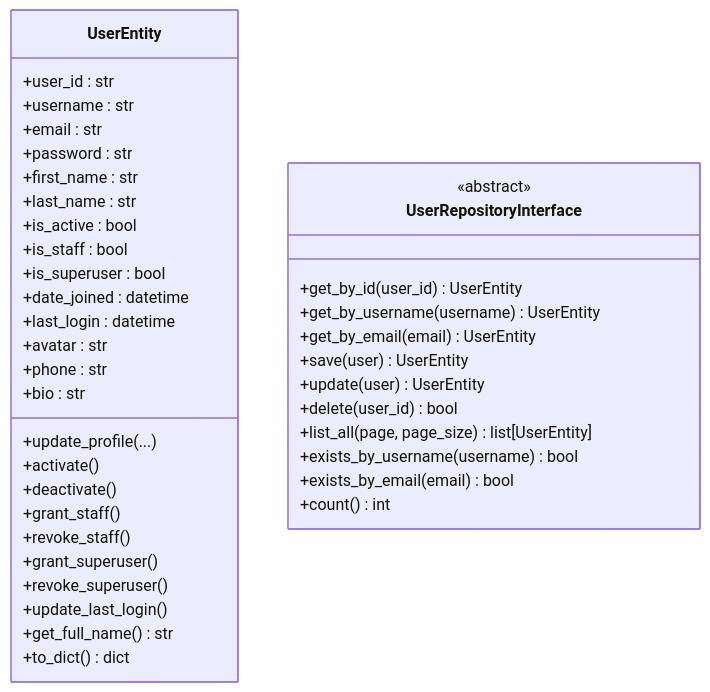
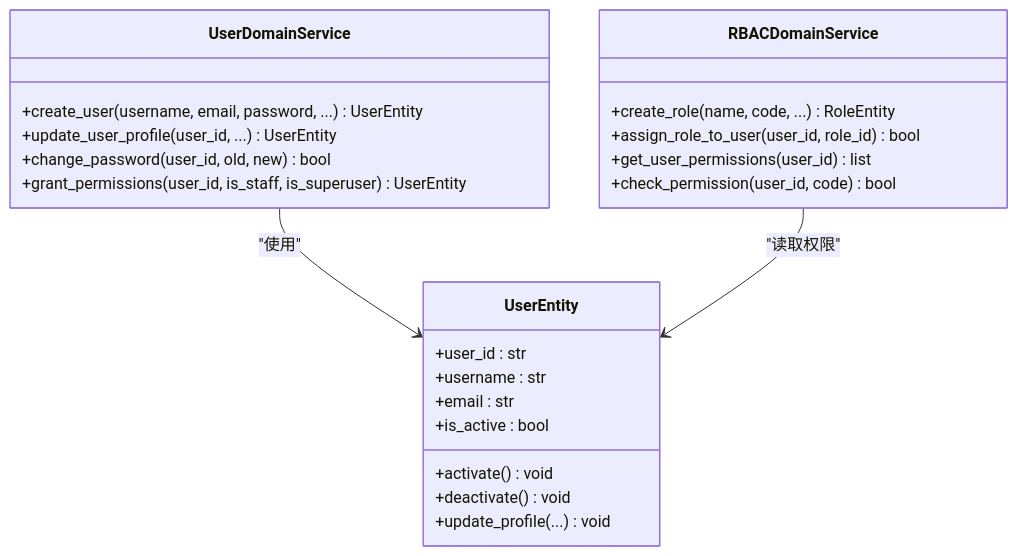
One commit to taoweidong/Hello-Django-Ninja-Api changed the fifth of 7 diagrams in .qoder/repowiki/zh/content/架构设计/DDD 分层架构.md. Above: the diagram before and after it, drawn with Mermaid. The commit also changed other lines of this file and 106 other files, not shown here.

````diff
--- a/.qoder/repowiki/zh/content/架构设计/DDD 分层架构.md
+++ b/.qoder/repowiki/zh/content/架构设计/DDD 分层架构.md
@@ -235,42 +220,26 @@
 ```mermaid
 classDiagram
 class UserEntity {
 +user_id : str
 +username : str
 +email : str
-+password : str
-+first_name : str
-+last_name : str
 +is_active : bool
-+is_staff : bool
-+is_superuser : bool
-+date_joined : datetime
-+last_login : datetime
-+avatar : str
-+phone : str
-+bio : str
-+update_profile(...)
-+activate()
-+deactivate()
-+grant_staff()
-+revoke_staff()
-+grant_superuser()
-+revoke_superuser()
-+update_last_login()
-+get_full_name() str
-+to_dict() dict
++activate() void
++deactivate() void
++update_profile(...) void
 }
-class UserRepositoryInterface {
-<<abstract>>
-+get_by_id(user_id) UserEntity
-+get_by_username(username) UserEntity
-+get_by_email(email) UserEntity
-+save(user) UserEntity
-+update(user) UserEntity
-+delete(user_id) bool
-+list_all(page, page_size) list[UserEntity]
-+exists_by_username(username) bool
-+exists_by_email(email) bool
-+count() int
+class UserDomainService {
++create_user(username, email, password, ...) UserEntity
++update_user_profile(user_id, ...) UserEntity
++change_password(user_id, old, new) bool
++grant_permissions(user_id, is_staff, is_superuser) UserEntity
 }
+class RBACDomainService {
++create_role(name, code, ...) RoleEntity
++assign_role_to_user(user_id, role_id) bool
++get_user_permissions(user_id) list
++check_permission(user_id, code) bool
+}
+UserDomainService --> UserEntity : "使用"
+RBACDomainService --> UserEntity : "读取权限"
 ```
````
